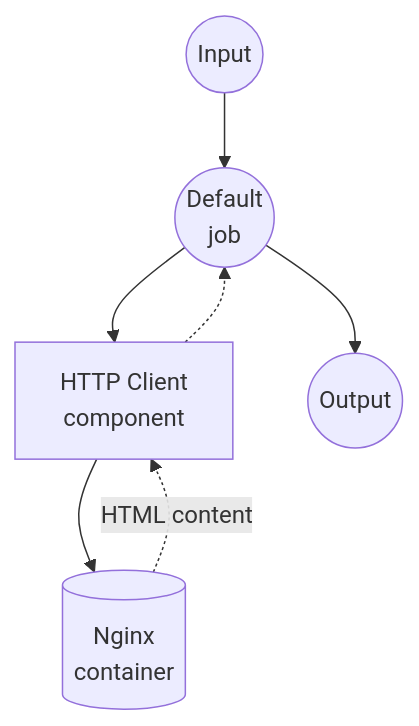
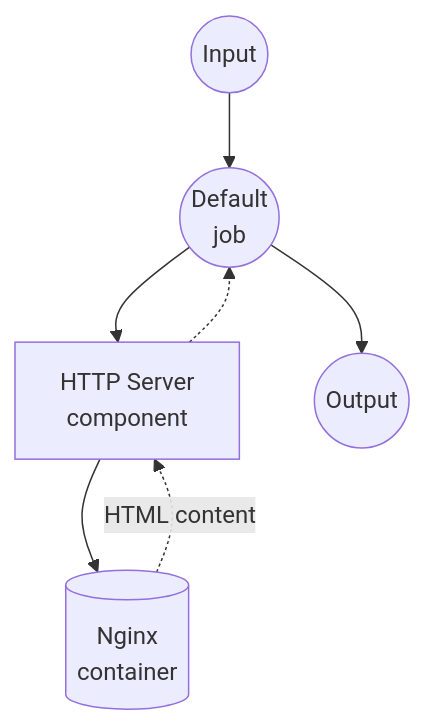
Before and after one commit to hanyeol/model-compose: the diagram in examples/docker/README.md, drawn with Mermaid. The commit also changed other lines of this file and 1 other file, not shown here.

````diff
--- a/examples/docker/README.md
+++ b/examples/docker/README.md
@@ -84,14 +84,14 @@
 ```mermaid
 graph TD
     J1((Default<br/>job))
-    C1[HTTP Client<br/>component]
+    C1[HTTP Server<br/>component]
     D1[(Nginx<br/>container)]
 
     J1 --> C1
     C1 --> D1
     D1 -.-> |HTML content| C1
     C1 -.-> J1
 
     Input((Input)) --> J1
     J1 --> Output((Output))
 ```
````
